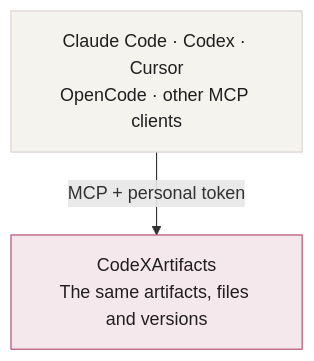
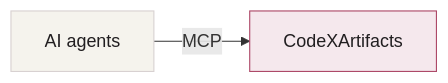
Before and after one commit to iml885203/code-x-artifacts: the diagram in README.md, drawn with Mermaid. The commit also changed other lines of this file, not shown here.

Commit message:
docs(readme): keep the connection diagram compact

````diff
--- a/README.md
+++ b/README.md
@@ -50,10 +50,10 @@
 ```mermaid
-flowchart TB
-  clients["Claude Code · Codex · Cursor<br/>OpenCode · other MCP clients"]
-  workspace["CodeXArtifacts<br/>The same artifacts, files and versions"]
-  clients -->|MCP + personal token| workspace
+flowchart LR
+  clients["AI agents"]
+  workspace["CodeXArtifacts"]
+  clients -->|MCP| workspace
   classDef client fill:#f5f3ed,stroke:#d8d1d1,color:#211e20;
   classDef shared fill:#f5e8ed,stroke:#ad4968,color:#211e20;
   class clients client;
   class workspace shared;
 ```
````
